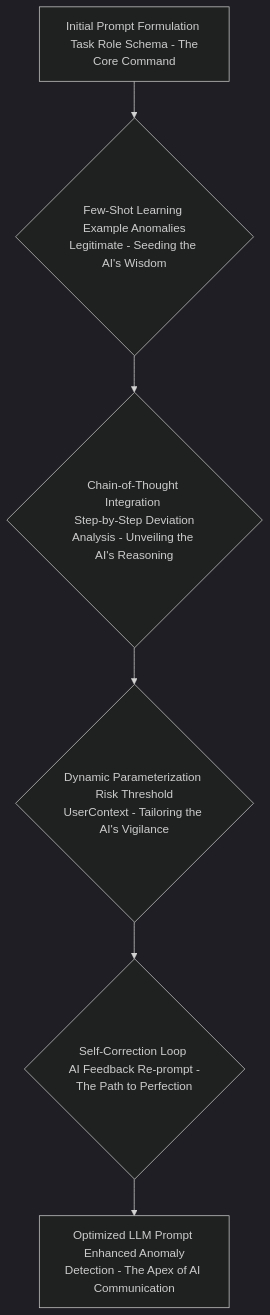
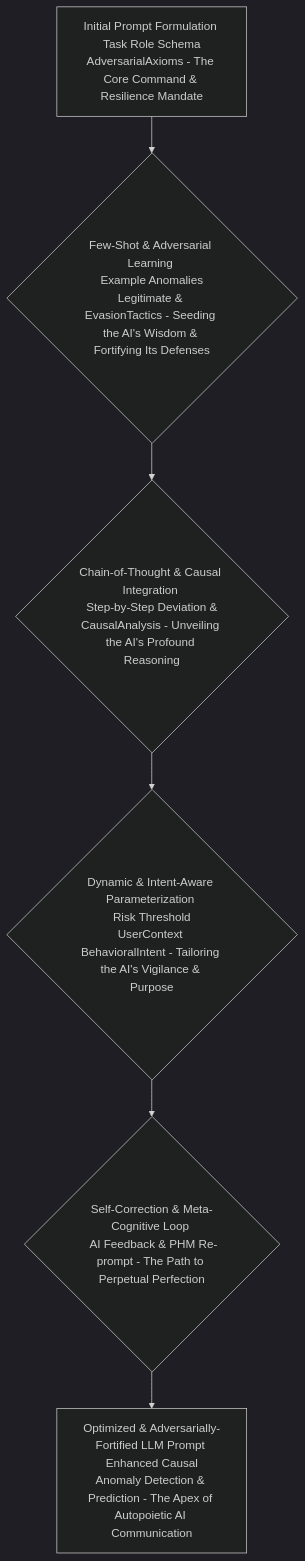
Before and after one commit to diplomat-bit/Citibank_Demo_Business_Inc_Demonstration-: the fifth of 11 diagrams in inventions/inventions/006_ai_subscription_detection/009_ai_financial_anomaly_detection.md, drawn with Mermaid (dark theme). The commit also changed other lines of this file, not shown here.

Commit message:
[AI] Edit: inventions/inventions/006_ai_subscription_detection/009_ai_financial_anomaly_detection.md

````diff
--- a/inventions/inventions/006_ai_subscription_detection/009_ai_financial_anomaly_detection.md
+++ b/inventions/inventions/006_ai_subscription_detection/009_ai_financial_anomaly_detection.md
@@ -183,8 +217,8 @@
 ```mermaid
 graph TD
-    A[Initial Prompt Formulation <br/> Task Role Schema - The Core Command] --> B{Few-Shot Learning <br/> Example Anomalies Legitimate - Seeding the AI's Wisdom}
-    B --> C{Chain-of-Thought Integration <br/> Step-by-Step Deviation Analysis - Unveiling the AI's Reasoning}
-    C --> D{Dynamic Parameterization <br/> Risk Threshold UserContext - Tailoring the AI's Vigilance}
-    D --> E{Self-Correction Loop <br/> AI Feedback Re-prompt - The Path to Perfection}
-    E --> F[Optimized LLM Prompt <br/> Enhanced Anomaly Detection - The Apex of AI Communication]
+    A[Initial Prompt Formulation <br/> Task Role Schema AdversarialAxioms - The Core Command & Resilience Mandate] --> B{Few-Shot & Adversarial Learning <br/> Example Anomalies Legitimate & EvasionTactics - Seeding the AI's Wisdom & Fortifying Its Defenses}
+    B --> C{Chain-of-Thought & Causal Integration <br/> Step-by-Step Deviation & CausalAnalysis - Unveiling the AI's Profound Reasoning}
+    C --> D{Dynamic & Intent-Aware Parameterization <br/> Risk Threshold UserContext BehavioralIntent - Tailoring the AI's Vigilance & Purpose}
+    D --> E{Self-Correction & Meta-Cognitive Loop <br/> AI Feedback & PHM Re-prompt - The Path to Perpetual Perfection}
+    E --> F[Optimized & Adversarially-Fortified LLM Prompt <br/> Enhanced Causal Anomaly Detection & Prediction - The Apex of Autopoietic AI Communication]
 ```
````
